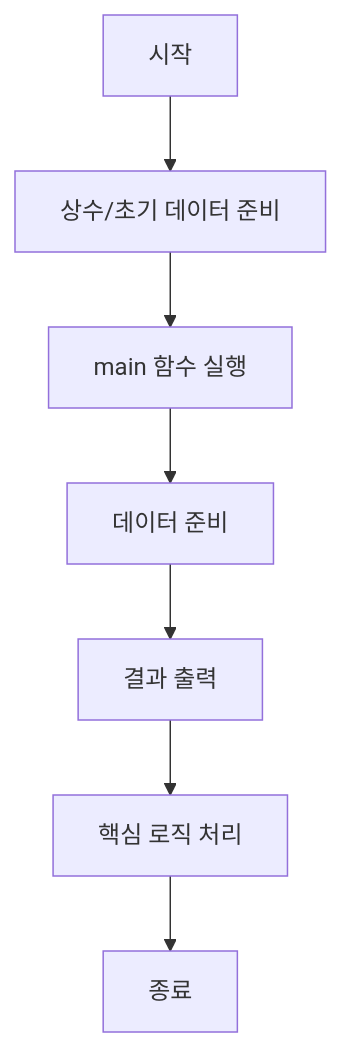
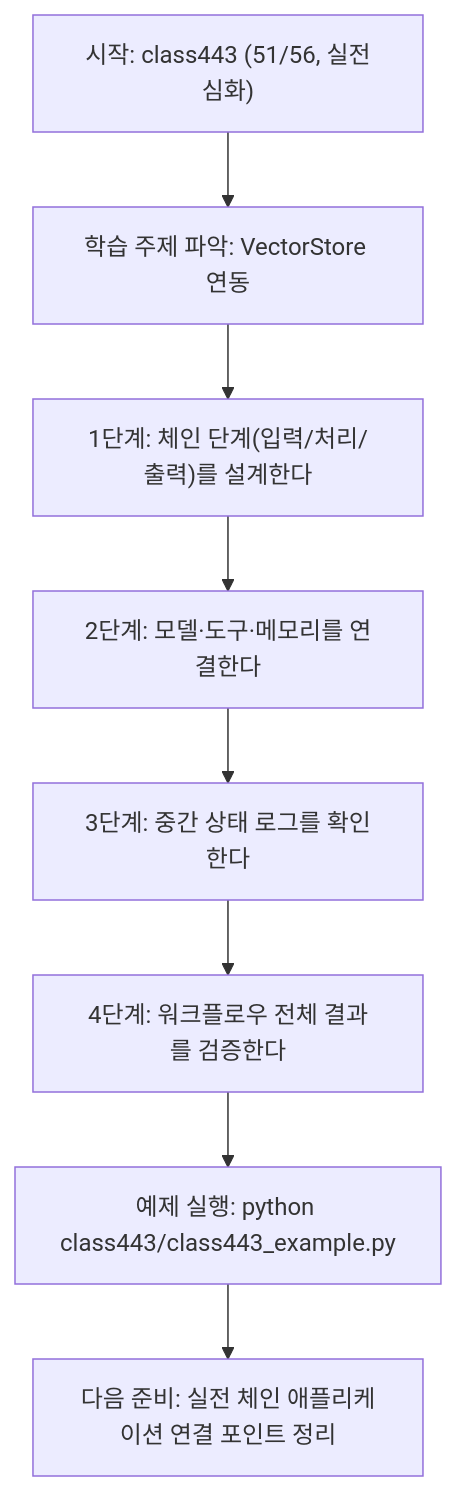
The diagram in class443/class443.md (edumgt/Python-AI_Agent-Class), drawn with Mermaid before and after one commit. The commit also changed other lines of this file and 1012 other files, not shown here.

````diff
--- a/class443/class443.md
+++ b/class443/class443.md
@@ -63,10 +80,18 @@
 ```mermaid
-graph TD
-    N1[시작]
-    N1 --> N2[상수/초기 데이터 준비]
-    N2 --> N3[main 함수 실행]
-    N3 --> N4[데이터 준비]
-    N4 --> N5[결과 출력]
-    N5 --> N6[핵심 로직 처리]
-    N6 --> N7[종료]
+flowchart TD
+N1["시작: class443 (51/56, 실전심화)"]
+N2["학습 주제 파악: VectorStore 연동"]
+N3["1단계: 체인 단계(입력/처리/출력)를 설계한다"]
+N4["2단계: 모델·도구·메모리를 연결한다"]
+N5["3단계: 중간 상태 로그를 확인한다"]
+N6["4단계: 워크플로우 전체 결과를 검증한다"]
+N7["예제 실행: python class443/class443_example.py"]
+N8["다음 준비: 실전 체인 애플리케이션 연결 포인트 정리"]
+N1 --> N2
+N2 --> N3
+N3 --> N4
+N4 --> N5
+N5 --> N6
+N6 --> N7
+N7 --> N8
 ```
````
